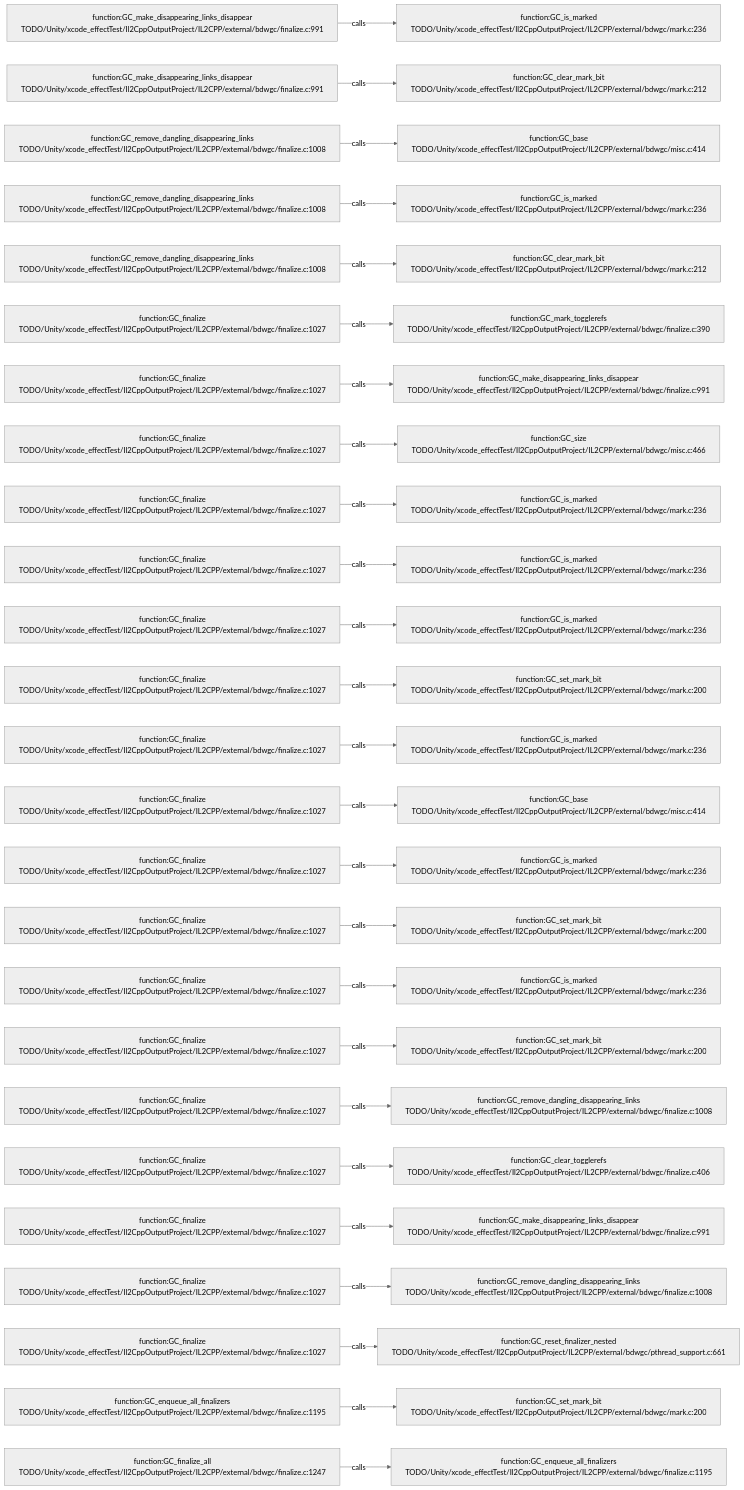
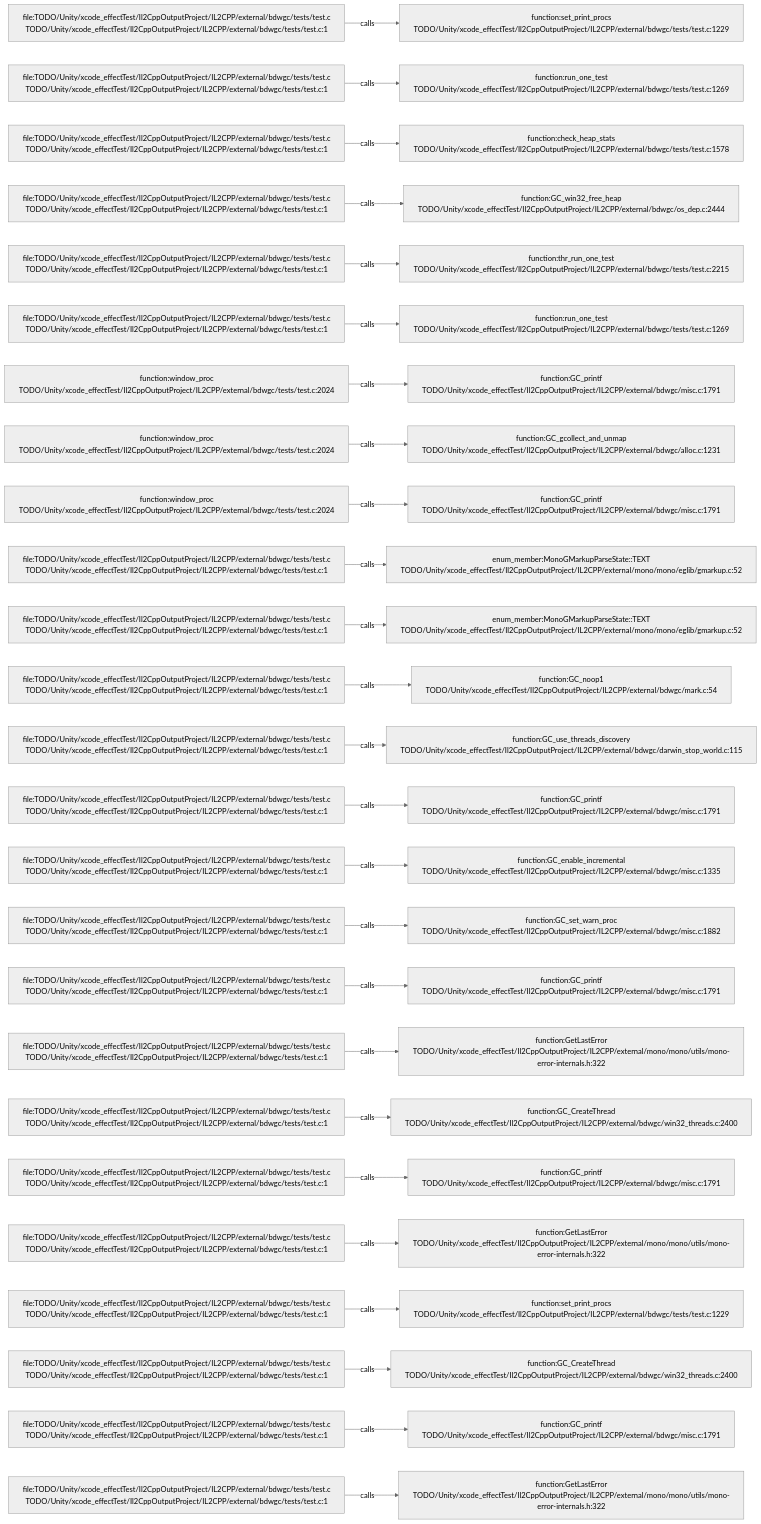
One commit to JobsKits/JobsSwiftBaseConfigDemo changed the diagram in .codegraph/codegraph.md/graphs/calls-177.md. Above: the diagram before and after it, drawn with Mermaid (neutral theme). The commit also changed 227 other files, not shown here.

````diff
--- a/.codegraph/codegraph.md/graphs/calls-177.md
+++ b/.codegraph/codegraph.md/graphs/calls-177.md
@@ -13,78 +13,78 @@
 ```mermaid
 flowchart LR
-  S1["function:GC_make_disappearing_links_disappear<br/>TODO/Unity/xcode_effectTest/Il2CppOutputProject/IL2CPP/external/bdwgc/finalize.c:991"]
-  T1["function:GC_is_marked<br/>TODO/Unity/xcode_effectTest/Il2CppOutputProject/IL2CPP/external/bdwgc/mark.c:236"]
+  S1["file:TODO/Unity/xcode_effectTest/Il2CppOutputProject/IL2CPP/external/bdwgc/tests/test.c<br/>TODO/Unity/xcode_effectTest/Il2CppOutputProject/IL2CPP/external/bdwgc/tests/test.c:1"]
+  T1["function:set_print_procs<br/>TODO/Unity/xcode_effectTest/Il2CppOutputProject/IL2CPP/external/bdwgc/tests/test.c:1229"]
   S1 -->|calls| T1
-  S2["function:GC_make_disappearing_links_disappear<br/>TODO/Unity/xcode_effectTest/Il2CppOutputProject/IL2CPP/external/bdwgc/finalize.c:991"]
-  T2["function:GC_clear_mark_bit<br/>TODO/Unity/xcode_effectTest/Il2CppOutputProject/IL2CPP/external/bdwgc/mark.c:212"]
+  S2["file:TODO/Unity/xcode_effectTest/Il2CppOutputProject/IL2CPP/external/bdwgc/tests/test.c<br/>TODO/Unity/xcode_effectTest/Il2CppOutputProject/IL2CPP/external/bdwgc/tests/test.c:1"]
+  T2["function:run_one_test<br/>TODO/Unity/xcode_effectTest/Il2CppOutputProject/IL2CPP/external/bdwgc/tests/test.c:1269"]
   S2 -->|calls| T2
-  S3["function:GC_remove_dangling_disappearing_links<br/>TODO/Unity/xcode_effectTest/Il2CppOutputProject/IL2CPP/external/bdwgc/finalize.c:1008"]
-  T3["function:GC_base<br/>TODO/Unity/xcode_effectTest/Il2CppOutputProject/IL2CPP/external/bdwgc/misc.c:414"]
+  S3["file:TODO/Unity/xcode_effectTest/Il2CppOutputProject/IL2CPP/external/bdwgc/tests/test.c<br/>TODO/Unity/xcode_effectTest/Il2CppOutputProject/IL2CPP/external/bdwgc/tests/test.c:1"]
+  T3["function:check_heap_stats<br/>TODO/Unity/xcode_effectTest/Il2CppOutputProject/IL2CPP/external/bdwgc/tests/test.c:1578"]
   S3 -->|calls| T3
-  S4["function:GC_remove_dangling_disappearing_links<br/>TODO/Unity/xcode_effectTest/Il2CppOutputProject/IL2CPP/external/bdwgc/finalize.c:1008"]
-  T4["function:GC_is_marked<br/>TODO/Unity/xcode_effectTest/Il2CppOutputProject/IL2CPP/external/bdwgc/mark.c:236"]
+  S4["file:TODO/Unity/xcode_effectTest/Il2CppOutputProject/IL2CPP/external/bdwgc/tests/test.c<br/>TODO/Unity/xcode_effectTest/Il2CppOutputProject/IL2CPP/external/bdwgc/tests/test.c:1"]
+  T4["function:GC_win32_free_heap<br/>TODO/Unity/xcode_effectTest/Il2CppOutputProject/IL2CPP/external/bdwgc/os_dep.c:2444"]
   S4 -->|calls| T4
-  S5["function:GC_remove_dangling_disappearing_links<br/>TODO/Unity/xcode_effectTest/Il2CppOutputProject/IL2CPP/external/bdwgc/finalize.c:1008"]
-  T5["function:GC_clear_mark_bit<br/>TODO/Unity/xcode_effectTest/Il2CppOutputProject/IL2CPP/external/bdwgc/mark.c:212"]
+  S5["file:TODO/Unity/xcode_effectTest/Il2CppOutputProject/IL2CPP/external/bdwgc/tests/test.c<br/>TODO/Unity/xcode_effectTest/Il2CppOutputProject/IL2CPP/external/bdwgc/tests/test.c:1"]
+  T5["function:thr_run_one_test<br/>TODO/Unity/xcode_effectTest/Il2CppOutputProject/IL2CPP/external/bdwgc/tests/test.c:2215"]
   S5 -->|calls| T5
-  S6["function:GC_finalize<br/>TODO/Unity/xcode_effectTest/Il2CppOutputProject/IL2CPP/external/bdwgc/finalize.c:1027"]
-  T6["function:GC_mark_togglerefs<br/>TODO/Unity/xcode_effectTest/Il2CppOutputProject/IL2CPP/external/bdwgc/finalize.c:390"]
+  S6["file:TODO/Unity/xcode_effectTest/Il2CppOutputProject/IL2CPP/external/bdwgc/tests/test.c<br/>TODO/Unity/xcode_effectTest/Il2CppOutputProject/IL2CPP/external/bdwgc/tests/test.c:1"]
+  T6["function:run_one_test<br/>TODO/Unity/xcode_effectTest/Il2CppOutputProject/IL2CPP/external/bdwgc/tests/test.c:1269"]
   S6 -->|calls| T6
-  S7["function:GC_finalize<br/>TODO/Unity/xcode_effectTest/Il2CppOutputProject/IL2CPP/external/bdwgc/finalize.c:1027"]
-  T7["function:GC_make_disappearing_links_disappear<br/>TODO/Unity/xcode_effectTest/Il2CppOutputProject/IL2CPP/external/bdwgc/finalize.c:991"]
+  S7["function:window_proc<br/>TODO/Unity/xcode_effectTest/Il2CppOutputProject/IL2CPP/external/bdwgc/tests/test.c:2024"]
+  T7["function:GC_printf<br/>TODO/Unity/xcode_effectTest/Il2CppOutputProject/IL2CPP/external/bdwgc/misc.c:1791"]
   S7 -->|calls| T7
-  S8["function:GC_finalize<br/>TODO/Unity/xcode_effectTest/Il2CppOutputProject/IL2CPP/external/bdwgc/finalize.c:1027"]
-  T8["function:GC_size<br/>TODO/Unity/xcode_effectTest/Il2CppOutputProject/IL2CPP/external/bdwgc/misc.c:466"]
+  S8["function:window_proc<br/>TODO/Unity/xcode_effectTest/Il2CppOutputProject/IL2CPP/external/bdwgc/tests/test.c:2024"]
+  T8["function:GC_gcollect_and_unmap<br/>TODO/Unity/xcode_effectTest/Il2CppOutputProject/IL2CPP/external/bdwgc/alloc.c:1231"]
   S8 -->|calls| T8
-  S9["function:GC_finalize<br/>TODO/Unity/xcode_effectTest/Il2CppOutputProject/IL2CPP/external/bdwgc/finalize.c:1027"]
-  T9["function:GC_is_marked<br/>TODO/Unity/xcode_effectTest/Il2CppOutputProject/IL2CPP/external/bdwgc/mark.c:236"]
+  S9["function:window_proc<br/>TODO/Unity/xcode_effectTest/Il2CppOutputProject/IL2CPP/external/bdwgc/tests/test.c:2024"]
+  T9["function:GC_printf<br/>TODO/Unity/xcode_effectTest/Il2CppOutputProject/IL2CPP/external/bdwgc/misc.c:1791"]
   S9 -->|calls| T9
-  S10["function:GC_finalize<br/>TODO/Unity/xcode_effectTest/Il2CppOutputProject/IL2CPP/external/bdwgc/finalize.c:1027"]
-  T10["function:GC_is_marked<br/>TODO/Unity/xcode_effectTest/Il2CppOutputProject/IL2CPP/external/bdwgc/mark.c:236"]
+  S10["file:TODO/Unity/xcode_effectTest/Il2CppOutputProject/IL2CPP/external/bdwgc/tests/test.c<br/>TODO/Unity/xcode_effectTest/Il2CppOutputProject/IL2CPP/external/bdwgc/tests/test.c:1"]
+  T10["enum_member:MonoGMarkupParseState::TEXT<br/>TODO/Unity/xcode_effectTest/Il2CppOutputProject/IL2CPP/external/mono/mono/eglib/gmarkup.c:52"]
   S10 -->|calls| T10
-  S11["function:GC_finalize<br/>TODO/Unity/xcode_effectTest/Il2CppOutputProject/IL2CPP/external/bdwgc/finalize.c:1027"]
-  T11["function:GC_is_marked<br/>TODO/Unity/xcode_effectTest/Il2CppOutputProject/IL2CPP/external/bdwgc/mark.c:236"]
+  S11["file:TODO/Unity/xcode_effectTest/Il2CppOutputProject/IL2CPP/external/bdwgc/tests/test.c<br/>TODO/Unity/xcode_effectTest/Il2CppOutputProject/IL2CPP/external/bdwgc/tests/test.c:1"]
+  T11["enum_member:MonoGMarkupParseState::TEXT<br/>TODO/Unity/xcode_effectTest/Il2CppOutputProject/IL2CPP/external/mono/mono/eglib/gmarkup.c:52"]
   S11 -->|calls| T11
-  S12["function:GC_finalize<br/>TODO/Unity/xcode_effectTest/Il2CppOutputProject/IL2CPP/external/bdwgc/finalize.c:1027"]
-  T12["function:GC_set_mark_bit<br/>TODO/Unity/xcode_effectTest/Il2CppOutputProject/IL2CPP/external/bdwgc/mark.c:200"]
+  S12["file:TODO/Unity/xcode_effectTest/Il2CppOutputProject/IL2CPP/external/bdwgc/tests/test.c<br/>TODO/Unity/xcode_effectTest/Il2CppOutputProject/IL2CPP/external/bdwgc/tests/test.c:1"]
+  T12["function:GC_noop1<br/>TODO/Unity/xcode_effectTest/Il2CppOutputProject/IL2CPP/external/bdwgc/mark.c:54"]
   S12 -->|calls| T12
-  S13["function:GC_finalize<br/>TODO/Unity/xcode_effectTest/Il2CppOutputProject/IL2CPP/external/bdwgc/finalize.c:1027"]
-  T13["function:GC_is_marked<br/>TODO/Unity/xcode_effectTest/Il2CppOutputProject/IL2CPP/external/bdwgc/mark.c:236"]
+  S13["file:TODO/Unity/xcode_effectTest/Il2CppOutputProject/IL2CPP/external/bdwgc/tests/test.c<br/>TODO/Unity/xcode_effectTest/Il2CppOutputProject/IL2CPP/external/bdwgc/tests/test.c:1"]
+  T13["function:GC_use_threads_discovery<br/>TODO/Unity/xcode_effectTest/Il2CppOutputProject/IL2CPP/external/bdwgc/darwin_stop_world.c:115"]
   S13 -->|calls| T13
-  S14["function:GC_finalize<br/>TODO/Unity/xcode_effectTest/Il2CppOutputProject/IL2CPP/external/bdwgc/finalize.c:1027"]
-  T14["function:GC_base<br/>TODO/Unity/xcode_effectTest/Il2CppOutputProject/IL2CPP/external/bdwgc/misc.c:414"]
+  S14["file:TODO/Unity/xcode_effectTest/Il2CppOutputProject/IL2CPP/external/bdwgc/tests/test.c<br/>TODO/Unity/xcode_effectTest/Il2CppOutputProject/IL2CPP/external/bdwgc/tests/test.c:1"]
+  T14["function:GC_printf<br/>TODO/Unity/xcode_effectTest/Il2CppOutputProject/IL2CPP/external/bdwgc/misc.c:1791"]
   S14 -->|calls| T14
-  S15["function:GC_finalize<br/>TODO/Unity/xcode_effectTest/Il2CppOutputProject/IL2CPP/external/bdwgc/finalize.c:1027"]
-  T15["function:GC_is_marked<br/>TODO/Unity/xcode_effectTest/Il2CppOutputProject/IL2CPP/external/bdwgc/mark.c:236"]
+  S15["file:TODO/Unity/xcode_effectTest/Il2CppOutputProject/IL2CPP/external/bdwgc/tests/test.c<br/>TODO/Unity/xcode_effectTest/Il2CppOutputProject/IL2CPP/external/bdwgc/tests/test.c:1"]
+  T15["function:GC_enable_incremental<br/>TODO/Unity/xcode_effectTest/Il2CppOutputProject/IL2CPP/external/bdwgc/misc.c:1335"]
   S15 -->|calls| T15
-  S16["function:GC_finalize<br/>TODO/Unity/xcode_effectTest/Il2CppOutputProject/IL2CPP/external/bdwgc/finalize.c:1027"]
-  T16["function:GC_set_mark_bit<br/>TODO/Unity/xcode_effectTest/Il2CppOutputProject/IL2CPP/external/bdwgc/mark.c:200"]
+  S16["file:TODO/Unity/xcode_effectTest/Il2CppOutputProject/IL2CPP/external/bdwgc/tests/test.c<br/>TODO/Unity/xcode_effectTest/Il2CppOutputProject/IL2CPP/external/bdwgc/tests/test.c:1"]
+  T16["function:GC_set_warn_proc<br/>TODO/Unity/xcode_effectTest/Il2CppOutputProject/IL2CPP/external/bdwgc/misc.c:1882"]
   S16 -->|calls| T16
-  S17["function:GC_finalize<br/>TODO/Unity/xcode_effectTest/Il2CppOutputProject/IL2CPP/external/bdwgc/finalize.c:1027"]
-  T17["function:GC_is_marked<br/>TODO/Unity/xcode_effectTest/Il2CppOutputProject/IL2CPP/external/bdwgc/mark.c:236"]
+  S17["file:TODO/Unity/xcode_effectTest/Il2CppOutputProject/IL2CPP/external/bdwgc/tests/test.c<br/>TODO/Unity/xcode_effectTest/Il2CppOutputProject/IL2CPP/external/bdwgc/tests/test.c:1"]
+  T17["function:GC_printf<br/>TODO/Unity/xcode_effectTest/Il2CppOutputProject/IL2CPP/external/bdwgc/misc.c:1791"]
   S17 -->|calls| T17
-  S18["function:GC_finalize<br/>TODO/Unity/xcode_effectTest/Il2CppOutputProject/IL2CPP/external/bdwgc/finalize.c:1027"]
-  T18["function:GC_set_mark_bit<br/>TODO/Unity/xcode_effectTest/Il2CppOutputProject/IL2CPP/external/bdwgc/mark.c:200"]
+  S18["file:TODO/Unity/xcode_effectTest/Il2CppOutputProject/IL2CPP/external/bdwgc/tests/test.c<br/>TODO/Unity/xcode_effectTest/Il2CppOutputProject/IL2CPP/external/bdwgc/tests/test.c:1"]
+  T18["function:GetLastError<br/>TODO/Unity/xcode_effectTest/Il2CppOutputProject/IL2CPP/external/mono/mono/utils/mono-error-internals.h:322"]
   S18 -->|calls| T18
-  S19["function:GC_finalize<br/>TODO/Unity/xcode_effectTest/Il2CppOutputProject/IL2CPP/external/bdwgc/finalize.c:1027"]
-  T19["function:GC_remove_dangling_disappearing_links<br/>TODO/Unity/xcode_effectTest/Il2CppOutputProject/IL2CPP/external/bdwgc/finalize.c:1008"]
+  S19["file:TODO/Unity/xcode_effectTest/Il2CppOutputProject/IL2CPP/external/bdwgc/tests/test.c<br/>TODO/Unity/xcode_effectTest/Il2CppOutputProject/IL2CPP/external/bdwgc/tests/test.c:1"]
+  T19["function:GC_CreateThread<br/>TODO/Unity/xcode_effectTest/Il2CppOutputProject/IL2CPP/external/bdwgc/win32_threads.c:2400"]
   S19 -->|calls| T19
-  S20["function:GC_finalize<br/>TODO/Unity/xcode_effectTest/Il2CppOutputProject/IL2CPP/external/bdwgc/finalize.c:1027"]
-  T20["function:GC_clear_togglerefs<br/>TODO/Unity/xcode_effectTest/Il2CppOutputProject/IL2CPP/external/bdwgc/finalize.c:406"]
+  S20["file:TODO/Unity/xcode_effectTest/Il2CppOutputProject/IL2CPP/external/bdwgc/tests/test.c<br/>TODO/Unity/xcode_effectTest/Il2CppOutputProject/IL2CPP/external/bdwgc/tests/test.c:1"]
+  T20["function:GC_printf<br/>TODO/Unity/xcode_effectTest/Il2CppOutputProject/IL2CPP/external/bdwgc/misc.c:1791"]
   S20 -->|calls| T20
-  S21["function:GC_finalize<br/>TODO/Unity/xcode_effectTest/Il2CppOutputProject/IL2CPP/external/bdwgc/finalize.c:1027"]
-  T21["function:GC_make_disappearing_links_disappear<br/>TODO/Unity/xcode_effectTest/Il2CppOutputProject/IL2CPP/external/bdwgc/finalize.c:991"]
+  S21["file:TODO/Unity/xcode_effectTest/Il2CppOutputProject/IL2CPP/external/bdwgc/tests/test.c<br/>TODO/Unity/xcode_effectTest/Il2CppOutputProject/IL2CPP/external/bdwgc/tests/test.c:1"]
+  T21["function:GetLastError<br/>TODO/Unity/xcode_effectTest/Il2CppOutputProject/IL2CPP/external/mono/mono/utils/mono-error-internals.h:322"]
   S21 -->|calls| T21
-  S22["function:GC_finalize<br/>TODO/Unity/xcode_effectTest/Il2CppOutputProject/IL2CPP/external/bdwgc/finalize.c:1027"]
-  T22["function:GC_remove_dangling_disappearing_links<br/>TODO/Unity/xcode_effectTest/Il2CppOutputProject/IL2CPP/external/bdwgc/finalize.c:1008"]
+  S22["file:TODO/Unity/xcode_effectTest/Il2CppOutputProject/IL2CPP/external/bdwgc/tests/test.c<br/>TODO/Unity/xcode_effectTest/Il2CppOutputProject/IL2CPP/external/bdwgc/tests/test.c:1"]
+  T22["function:set_print_procs<br/>TODO/Unity/xcode_effectTest/Il2CppOutputProject/IL2CPP/external/bdwgc/tests/test.c:1229"]
   S22 -->|calls| T22
-  S23["function:GC_finalize<br/>TODO/Unity/xcode_effectTest/Il2CppOutputProject/IL2CPP/external/bdwgc/finalize.c:1027"]
-  T23["function:GC_reset_finalizer_nested<br/>TODO/Unity/xcode_effectTest/Il2CppOutputProject/IL2CPP/external/bdwgc/pthread_support.c:661"]
+  S23["file:TODO/Unity/xcode_effectTest/Il2CppOutputProject/IL2CPP/external/bdwgc/tests/test.c<br/>TODO/Unity/xcode_effectTest/Il2CppOutputProject/IL2CPP/external/bdwgc/tests/test.c:1"]
+  T23["function:GC_CreateThread<br/>TODO/Unity/xcode_effectTest/Il2CppOutputProject/IL2CPP/external/bdwgc/win32_threads.c:2400"]
   S23 -->|calls| T23
-  S24["function:GC_enqueue_all_finalizers<br/>TODO/Unity/xcode_effectTest/Il2CppOutputProject/IL2CPP/external/bdwgc/finalize.c:1195"]
-  T24["function:GC_set_mark_bit<br/>TODO/Unity/xcode_effectTest/Il2CppOutputProject/IL2CPP/external/bdwgc/mark.c:200"]
+  S24["file:TODO/Unity/xcode_effectTest/Il2CppOutputProject/IL2CPP/external/bdwgc/tests/test.c<br/>TODO/Unity/xcode_effectTest/Il2CppOutputProject/IL2CPP/external/bdwgc/tests/test.c:1"]
+  T24["function:GC_printf<br/>TODO/Unity/xcode_effectTest/Il2CppOutputProject/IL2CPP/external/bdwgc/misc.c:1791"]
   S24 -->|calls| T24
-  S25["function:GC_finalize_all<br/>TODO/Unity/xcode_effectTest/Il2CppOutputProject/IL2CPP/external/bdwgc/finalize.c:1247"]
-  T25["function:GC_enqueue_all_finalizers<br/>TODO/Unity/xcode_effectTest/Il2CppOutputProject/IL2CPP/external/bdwgc/finalize.c:1195"]
+  S25["file:TODO/Unity/xcode_effectTest/Il2CppOutputProject/IL2CPP/external/bdwgc/tests/test.c<br/>TODO/Unity/xcode_effectTest/Il2CppOutputProject/IL2CPP/external/bdwgc/tests/test.c:1"]
+  T25["function:GetLastError<br/>TODO/Unity/xcode_effectTest/Il2CppOutputProject/IL2CPP/external/mono/mono/utils/mono-error-internals.h:322"]
   S25 -->|calls| T25
 ```
````
